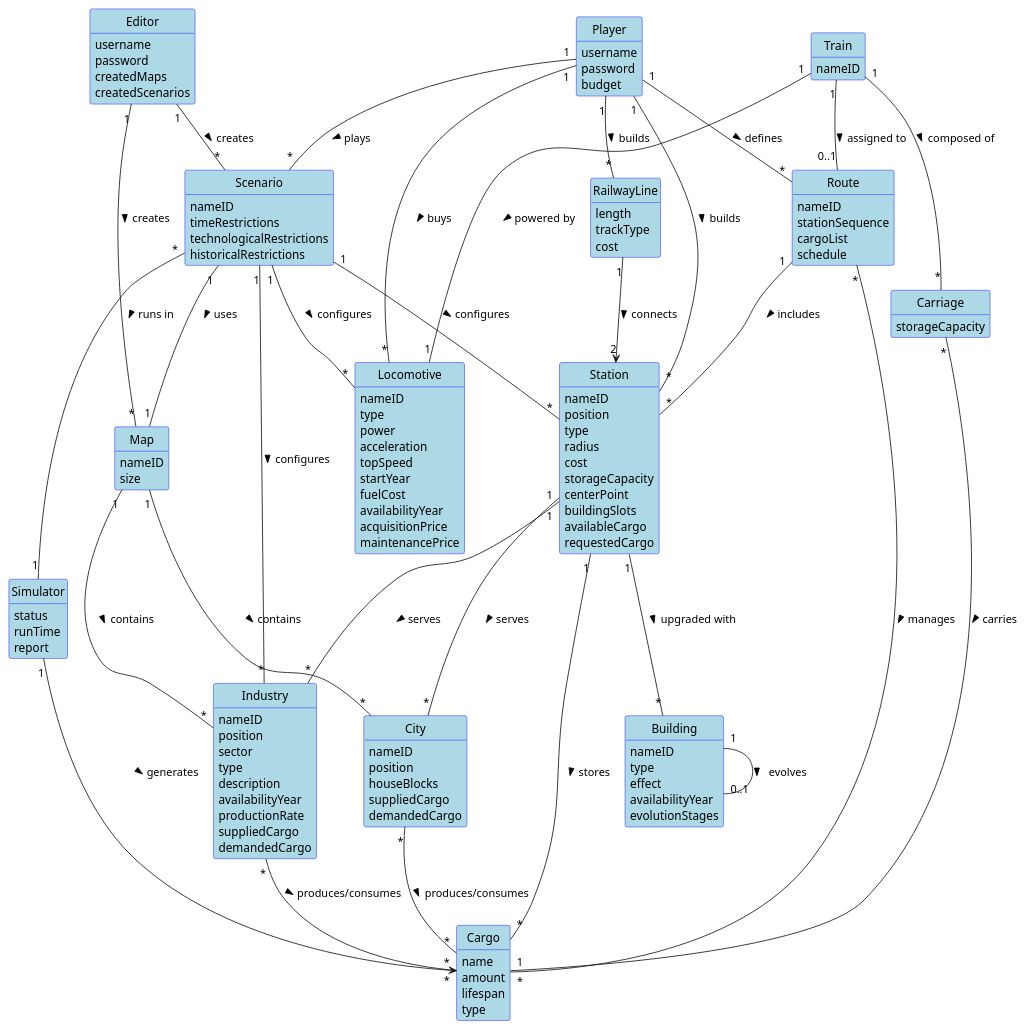
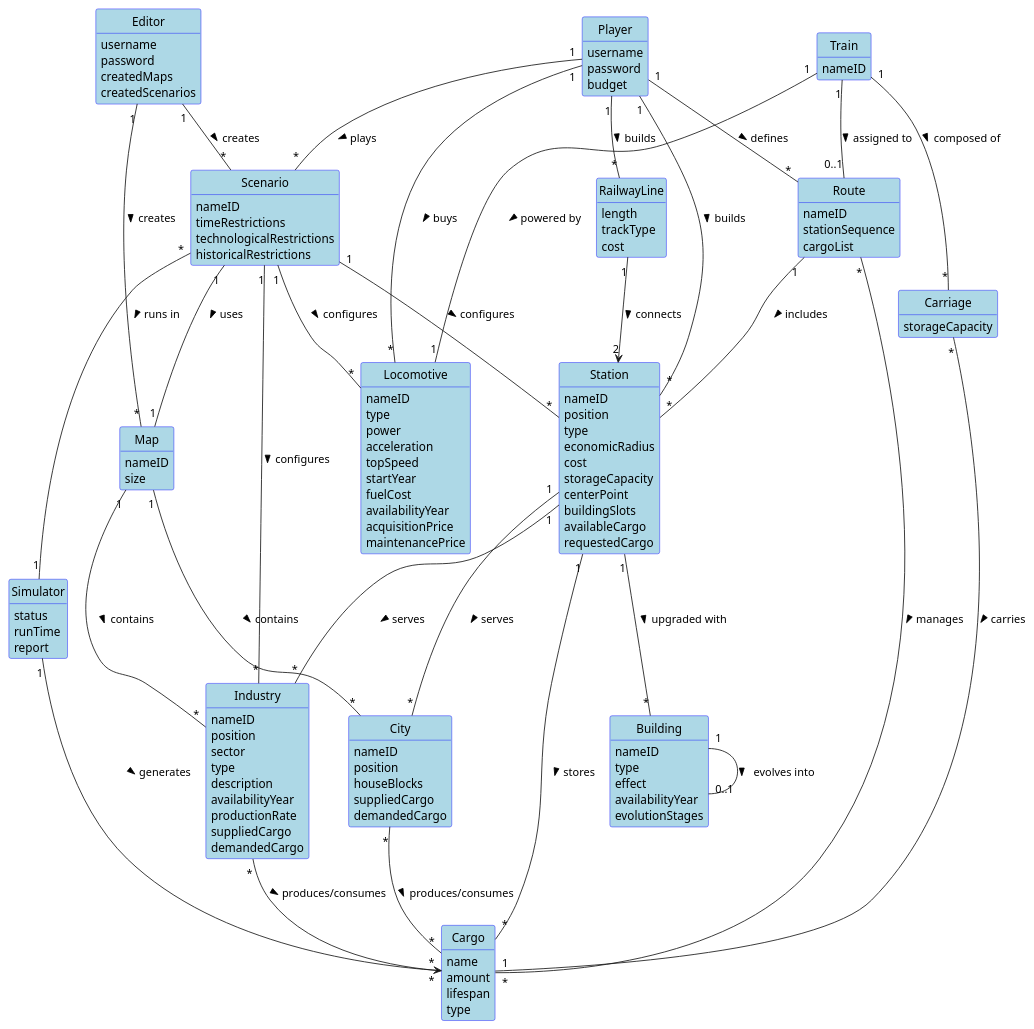
One commit to HenriqueSilva18/Railway-Network-Simulator changed the diagram in docs/system-documentation/global-artifacts/02.analysis/puml/DomainModel_ESOFT.puml. Above: the diagram before and after it, drawn with PlantUML. The commit also changed 12 other files, not shown here.

```diff
--- a/docs/system-documentation/global-artifacts/02.analysis/puml/DomainModel_ESOFT.puml
+++ b/docs/system-documentation/global-artifacts/02.analysis/puml/DomainModel_ESOFT.puml
@@ -1,163 +1,162 @@
 @startuml
 skinparam shadowing false
 skinparam classAttributeIconSize 0
 skinparam class {
   BackgroundColor LightBlue
   BorderColor Blue
 }
 skinparam enum {
   BackgroundColor LightBlue
   BorderColor Blue
 }
 hide circle
 hide methods
 
 class Player {
   username
   password
   budget
 }
 class Editor {
     username
     password
     createdMaps
     createdScenarios
 }
 class Map {
   nameID
   size
 }
 class Scenario {
   nameID
   timeRestrictions
   technologicalRestrictions
   historicalRestrictions
 }
 class Simulator {
   status
   runTime
   report
 }
 class City {
   nameID
   position
   houseBlocks
   suppliedCargo
   demandedCargo
 }
 
 class Industry {
   nameID
   position
   sector
   type
   description
   availabilityYear
   productionRate
   suppliedCargo
   demandedCargo
 }
 
 
 class Cargo {
   name
   amount
   lifespan
   type
 }
 class Station {
   nameID
   position
   type
-  radius
+  economicRadius
   cost
   storageCapacity
   centerPoint
   buildingSlots
   availableCargo
   requestedCargo
 }
 class Building {
   nameID
   type
   effect
   availabilityYear
   evolutionStages
 }
 class RailwayLine {
   length
   trackType
   cost
 }
 class Locomotive {
   nameID
   type
   power
   acceleration
   topSpeed
   startYear
   fuelCost
   availabilityYear
   acquisitionPrice
   maintenancePrice
 }
 class Train {
   nameID
 }
 class Carriage {
   storageCapacity
 }
 class Route {
   nameID
   stationSequence
   cargoList
-  schedule
 }
 
 
 
 ' Relationships with revised multiplicities
 
 Editor "1" -- "*" Map : creates >
 Editor "1" -- "*" Scenario : creates >
 
 Scenario "1" -- "1" Map : uses >
 Player "1" -- "*" Scenario : plays >
 Scenario "*" -- "1" Simulator : runs in >
 
 Map "1" -- "*" City : contains >
 Map "1" -- "*" Industry : contains >
 
 Industry "*" -- "*" Cargo : produces/consumes >
 City "*" -- "*" Cargo : produces/consumes >
 
 Player "1" -- "*" Station : builds >
 Player "1" -- "*" RailwayLine : builds >
 Station "1" -- "*" Building : upgraded with >
 
 Station "1" -- "*" City : serves >
 Station "1" -- "*" Industry : serves >
 Station "1" -- "*" Cargo : stores >
 
 RailwayLine "1" --> "2" Station : connects >
 
 Player "1" -- "*" Locomotive : buys >
 Train "1" -- "1" Locomotive : powered by >
 Train "1" -- "*" Carriage : composed of >
 Carriage "*" -- "1" Cargo : carries >
 
 Train "1" -- "0..1" Route : assigned to >
 Route "1" -- "*" Station : includes >
 Route "*" -- "*" Cargo : manages >
 
 Scenario "1" -- "*" Locomotive : configures >
 Scenario "1" -- "*" Industry : configures >
 Scenario "1" -- "*" Station : configures >
 
 
-Building "1" -- "0..1" Building : evolves >
+Building "1" -- "0..1" Building : evolves into >
 
 Player "1" -- "*" Route: defines >
 
 Simulator "1" --> "*" Cargo : generates >
 @enduml
```
